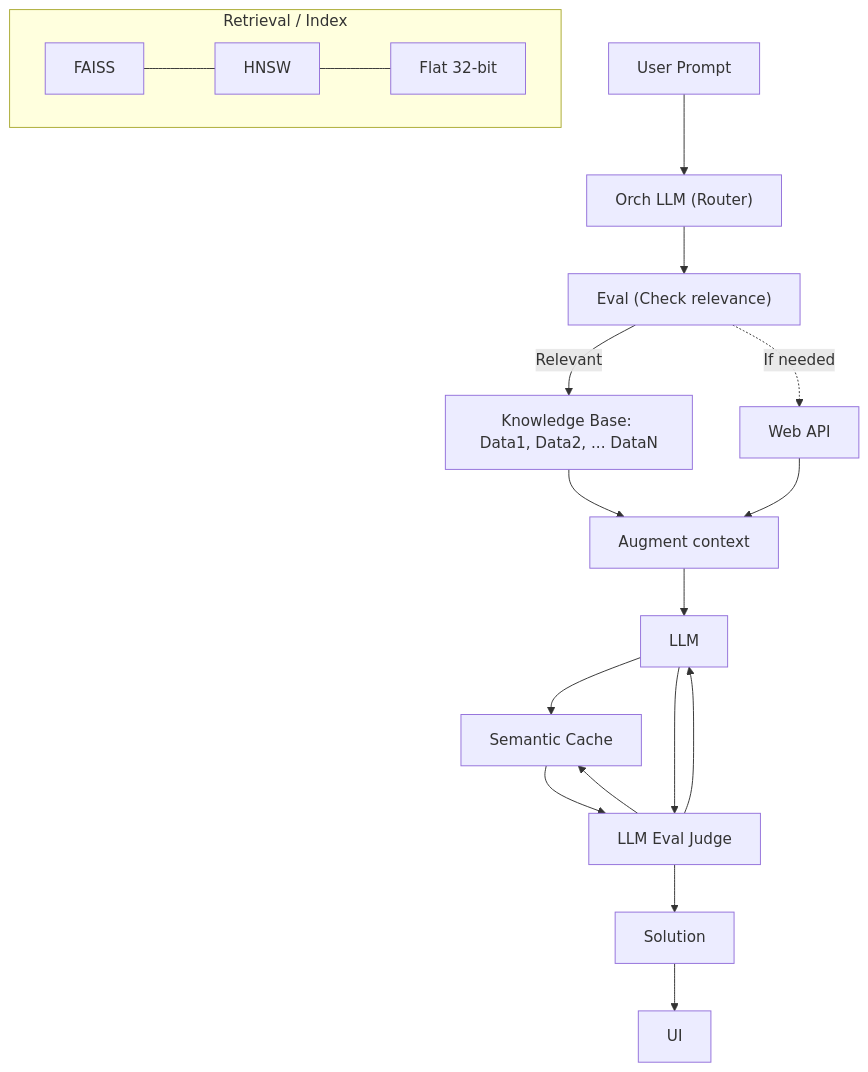
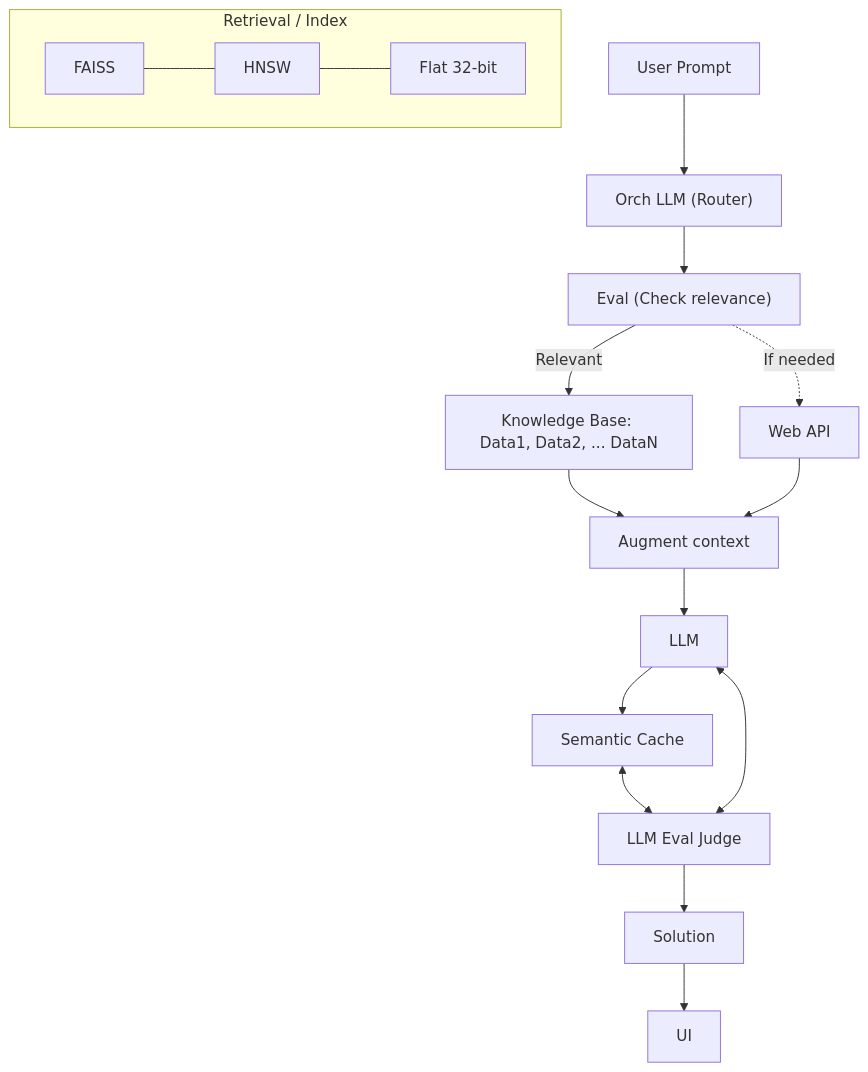
One commit to heleyna-tuck/Diagram changed the diagram in README.md. Above: the diagram before and after it, drawn with Mermaid.

````diff
--- a/README.md
+++ b/README.md
@@ -1,30 +1,28 @@
 ```mermaid
 flowchart TD
   U["User Prompt"] --> R["Orch LLM (Router)"]
 
   subgraph RET["Retrieval / Index"]
     F["FAISS"] --- H["HNSW"]
     H --- Q["Flat 32-bit"]
   end
 
   R --> E["Eval (Check relevance)"]
   E -->|Relevant| KB["Knowledge Base: Data1, Data2, ... DataN"]
   E -.->|If needed| W["Web API"]
 
   KB --> A["Augment context"]
   W --> A
   A --> L["LLM"]
 
   L --> C["Semantic Cache"]
 
-  %% Semantic Cache <-> Judge (down + up)
-  C --> J["LLM Eval Judge"]
-  J --> C
+  %% Semantic Cache <-> Judge (one line with arrows at both ends)
+  C <--> J["LLM Eval Judge"]
 
-  %% LLM <-> Judge (bypass around Semantic Cache conceptually)
-  L --> J
-  J --> L
+  %% LLM <-> Judge (one line with arrows at both ends)
+  L <--> J
 
   J --> S["Solution"]
   S --> UI["UI"]
 ```
````
